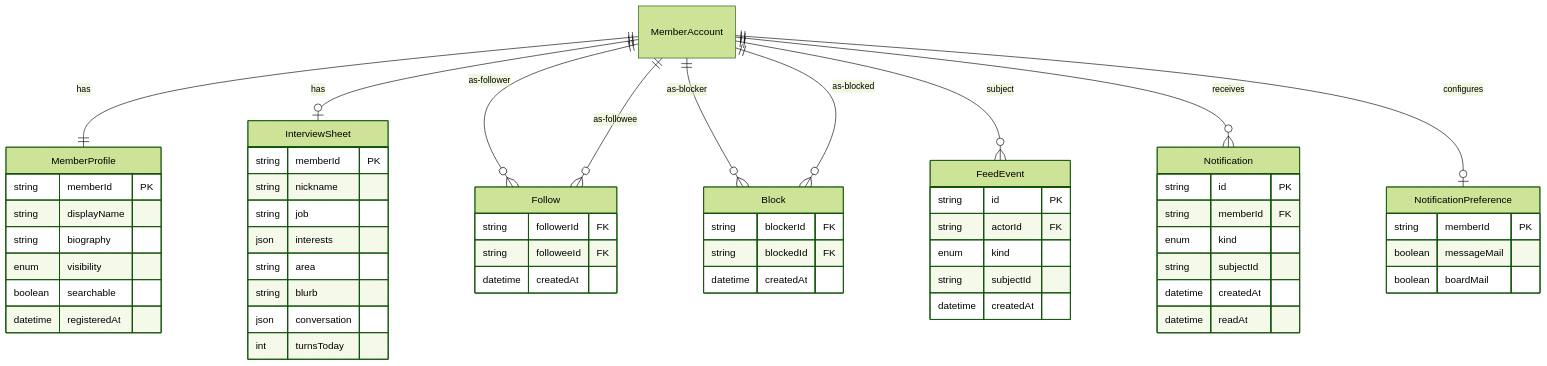
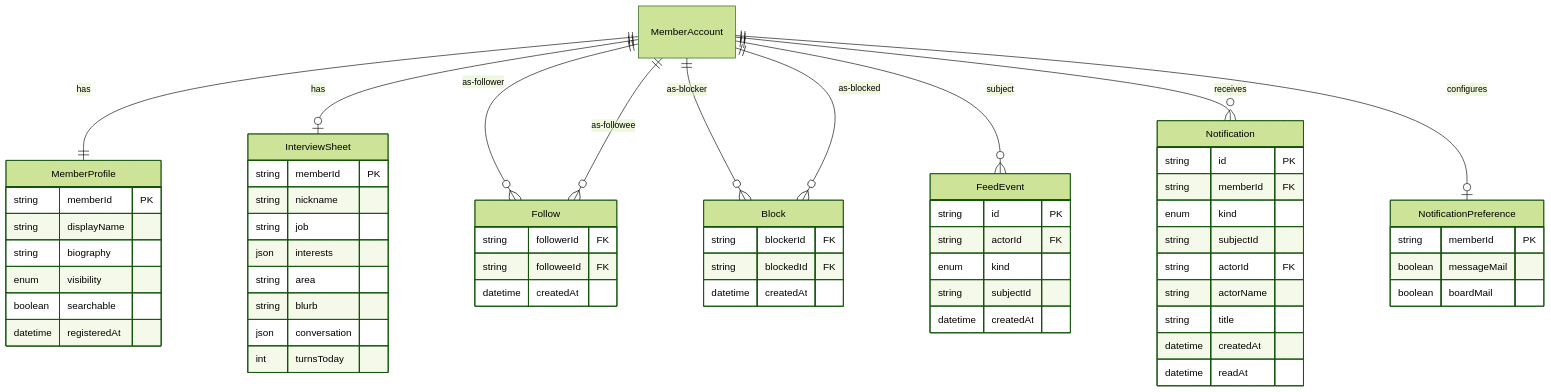
One commit to masseater/typescript-template changed the diagram in apps/internal-dashboard/content/docs/data-model/member-graph.md. Above: the diagram before and after it, drawn with Mermaid (forest theme). The commit also changed other lines of this file and 1 other file, not shown here.

Commit message:
Align notification specs with four in-app kinds
Document conversation_message, follow, board_post, and inquiry_reply
notification kinds and updated Notification fields in the data model.

````diff
--- a/apps/internal-dashboard/content/docs/data-model/member-graph.md
+++ b/apps/internal-dashboard/content/docs/data-model/member-graph.md
@@ -10,60 +10,63 @@
 ```mermaid
 erDiagram
   MemberAccount ||--|| MemberProfile : has
   MemberAccount ||--o| InterviewSheet : has
   MemberAccount ||--o{ Follow : as-follower
   MemberAccount ||--o{ Follow : as-followee
   MemberAccount ||--o{ Block : as-blocker
   MemberAccount ||--o{ Block : as-blocked
   MemberAccount ||--o{ FeedEvent : subject
   MemberAccount ||--o{ Notification : receives
   MemberAccount ||--o| NotificationPreference : configures
   MemberProfile {
     string memberId PK
     string displayName
     string biography
     enum visibility
     boolean searchable
     datetime registeredAt
   }
   InterviewSheet {
     string memberId PK
     string nickname
     string job
     json interests
     string area
     string blurb
     json conversation
     int turnsToday
   }
   Follow {
     string followerId FK
     string followeeId FK
     datetime createdAt
   }
   Block {
     string blockerId FK
     string blockedId FK
     datetime createdAt
   }
   FeedEvent {
     string id PK
     string actorId FK
     enum kind
     string subjectId
     datetime createdAt
   }
   Notification {
     string id PK
     string memberId FK
     enum kind
     string subjectId
+    string actorId FK
+    string actorName
+    string title
     datetime createdAt
     datetime readAt
   }
   NotificationPreference {
     string memberId PK
     boolean messageMail
     boolean boardMail
   }
 ```
````
